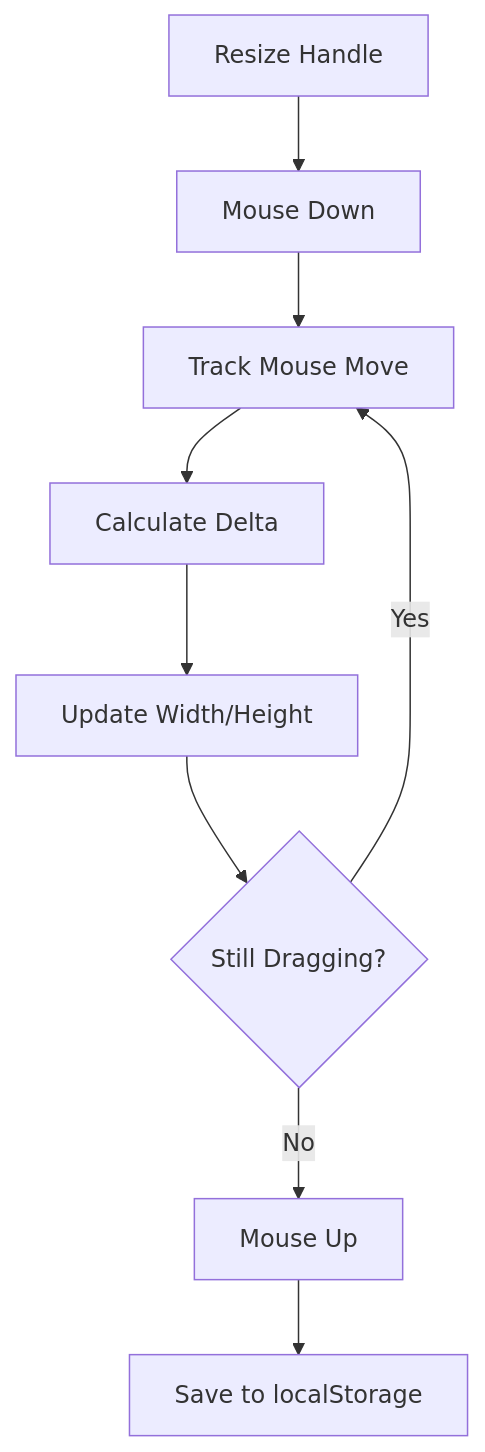
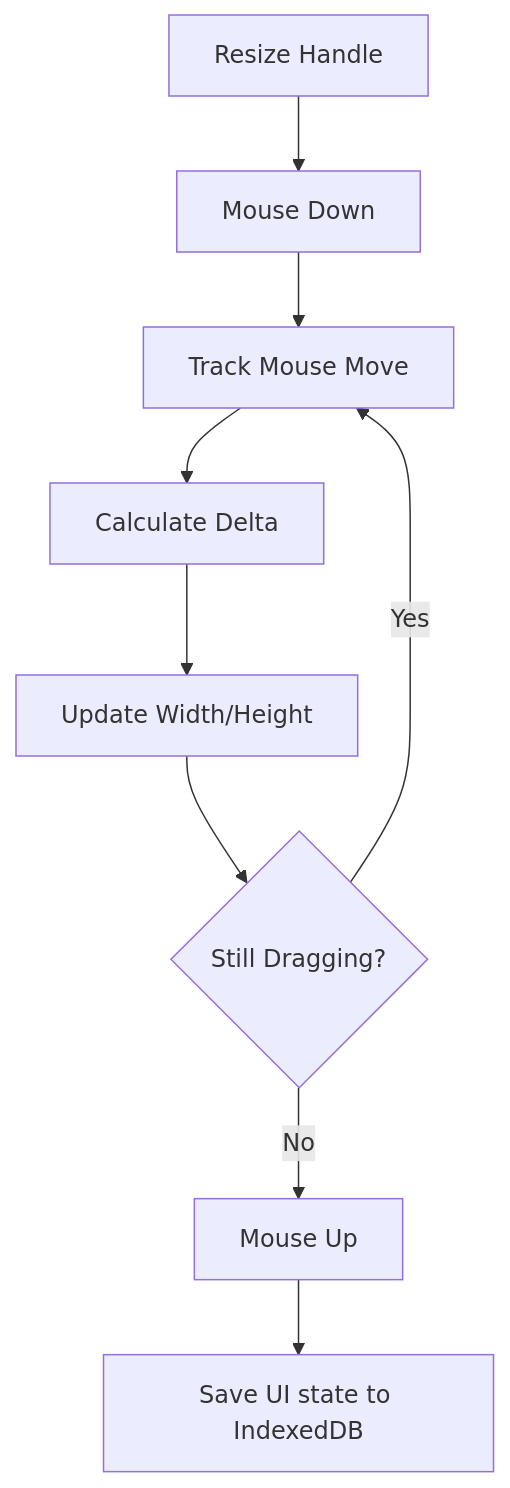
One commit to Stasshe/Pyxis-CodeCanvas changed diagram 19 of 25 in docs/UI-COMPONENTS.md. Above: the diagram before and after it, drawn with Mermaid. The commit also changed other lines of this file and 330 other files, not shown here.

````diff
--- a/docs/UI-COMPONENTS.md
+++ b/docs/UI-COMPONENTS.md
@@ -655,11 +616,11 @@
 ```mermaid
 graph TB
     A[Resize Handle] --> B[Mouse Down]
     B --> C[Track Mouse Move]
     C --> D[Calculate Delta]
     D --> E[Update Width/Height]
     E --> F{Still Dragging?}
     F -->|Yes| C
     F -->|No| G[Mouse Up]
-    G --> H[Save to localStorage]
+    G --> H[Save UI state to IndexedDB]
 ```
````
